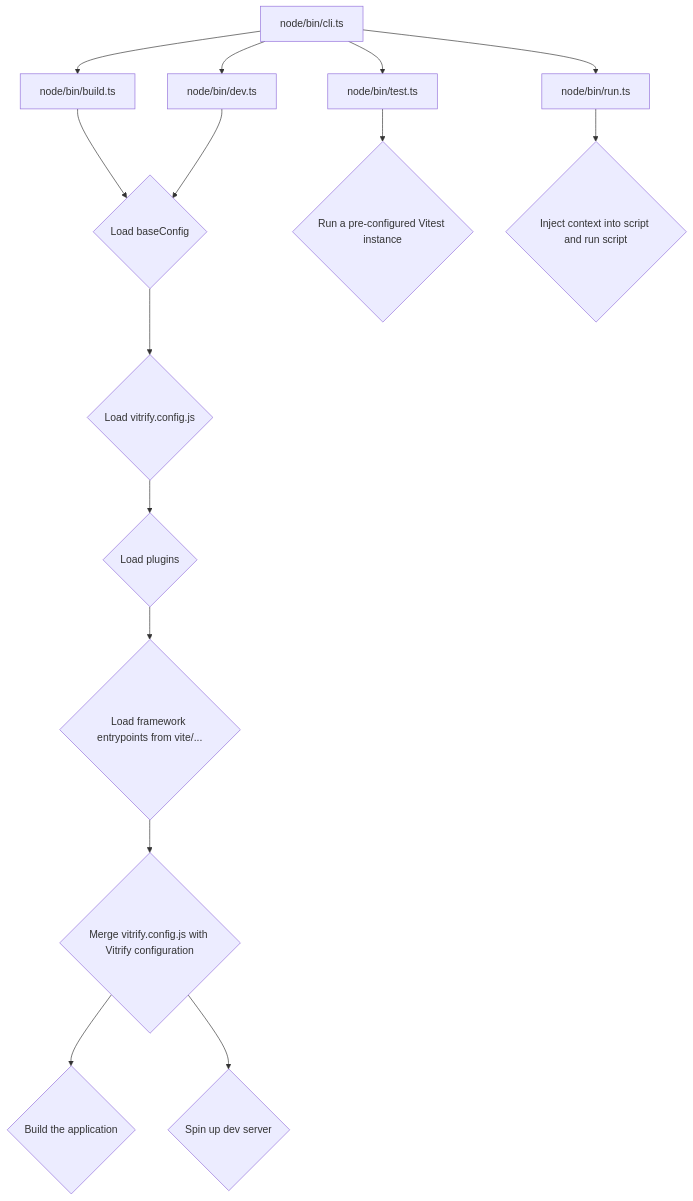
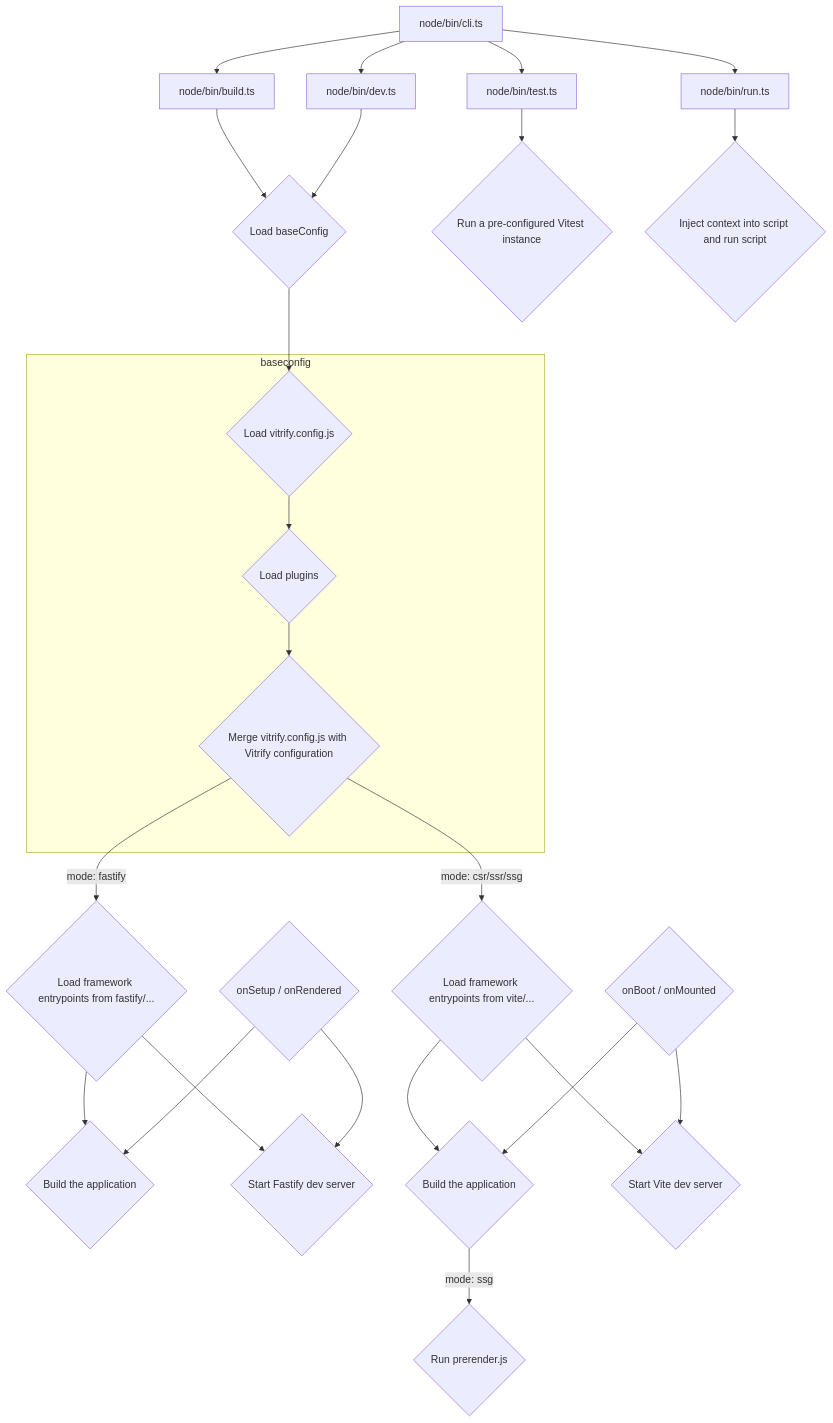
The diagram in packages/vitrify/README.md (simsustech/vitrify), drawn with Mermaid before and after one commit. The commit also changed other lines of this file and 6 other files, not shown here.

````diff
--- a/packages/vitrify/README.md
+++ b/packages/vitrify/README.md
@@ -70,17 +71,27 @@
 ```mermaid
   graph TD;
     node/bin/cli.ts-->node/bin/build.ts;
     node/bin/cli.ts-->node/bin/dev.ts;
     node/bin/cli.ts-->node/bin/test.ts;
     node/bin/cli.ts-->node/bin/run.ts;
-    node/bin/build.ts-->node/index.ts{Load baseConfig};
-    node/bin/dev.ts-->node/index.ts{Load baseConfig};
-    node/index.ts-->vitrify.config.js{Load vitrify.config.js};
+    node/bin/build.ts-->node/index.ts
+    node/bin/dev.ts-->node/index.ts
+    node/index.ts{Load baseConfig}-->vitrify.config.js{Load vitrify.config.js};
+    subgraph baseconfig
     vitrify.config.js-->node/plugins{Load plugins};
-    node/plugins-->framework{Load framework entrypoints from vite/...};
-    framework-->merge{Merge vitrify.config.js with Vitrify configuration};
-    merge-->build{Build the application};
-    merge-->dev{Spin up dev server};
+    node/plugins-->merge{Merge vitrify.config.js with Vitrify configuration};
+    end
+    merge-- mode: fastify -->frameworkFastify{Load framework entrypoints from fastify/...};
+    merge-- mode: csr/ssr/ssg -->framework{Load framework entrypoints from vite/...};
+    frameworkFastify-->fastifyBuild{Build the application};
+    frameworkFastify-->fastifyDev{Start Fastify dev server};
+    fastifySetup{onSetup / onRendered}-->fastifyDev
+    fastifySetup{onSetup / onRendered}-->fastifyBuild
+    framework-->build{Build the application};
+    build-- mode: ssg -->prerender{Run prerender.js}
+    framework-->dev{Start Vite dev server};
+    frameworkSetup{onBoot / onMounted}-->dev
+    frameworkSetup{onBoot / onMounted}-->build
     node/bin/test.ts-->test{Run a pre-configured Vitest instance};
     node/bin/run.ts-->run{Inject context into script and run script};
 ```
````
